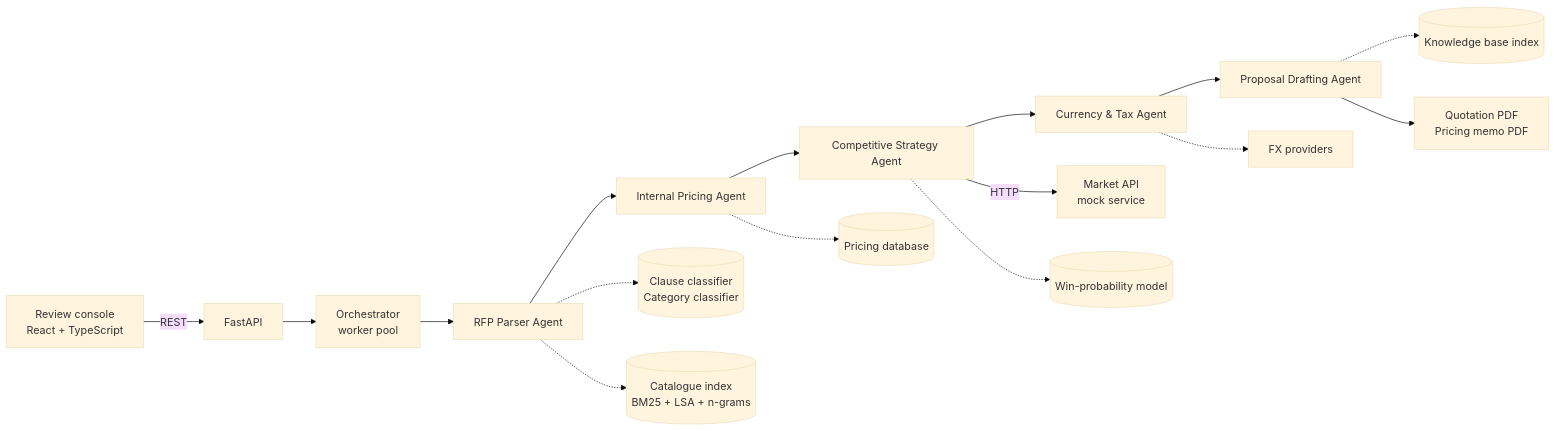
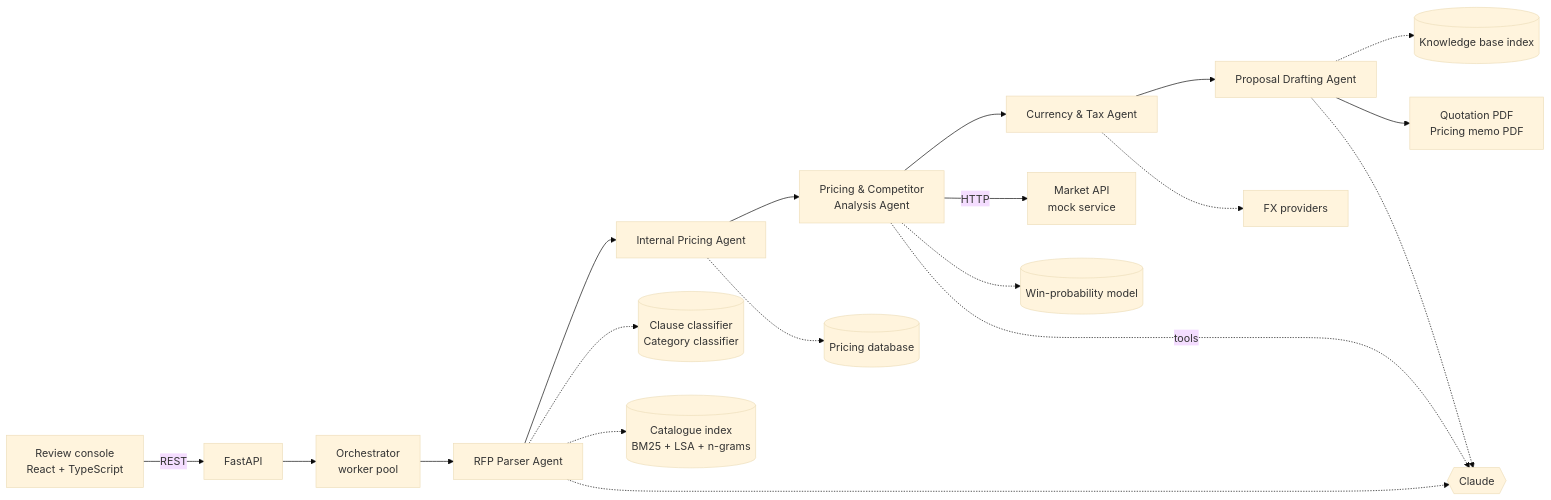
The diagram in README.md (ThreatGuardian/Autonomous-RFP), drawn with Mermaid (base theme) before and after one commit. The commit also changed other lines of this file and 20 other files, not shown here.

````diff
--- a/README.md
+++ b/README.md
@@ -127,18 +137,21 @@
 ```mermaid
 flowchart LR
     UI[Review console<br/>React + TypeScript] -->|REST| API[FastAPI]
     API --> ORCH[Orchestrator<br/>worker pool]
     ORCH --> P[RFP Parser Agent]
     P --> C[Internal Pricing Agent]
-    C --> S[Competitive Strategy Agent]
+    C --> S[Pricing & Competitor<br/>Analysis Agent]
     S --> L[Currency & Tax Agent]
     L --> D[Proposal Drafting Agent]
     P -.-> ML1[(Clause classifier<br/>Category classifier)]
     P -.-> IDX1[(Catalogue index<br/>BM25 + LSA + n-grams)]
     C -.-> DB[(Pricing database)]
     S -->|HTTP| MKT[Market API<br/>mock service]
     S -.-> ML2[(Win-probability model)]
+    P -.-> LLM{{Claude}}
+    S -.->|tools| LLM
+    D -.-> LLM
     L -.-> FX[FX providers]
     D -.-> KB[(Knowledge base index)]
     D --> PDF[Quotation PDF<br/>Pricing memo PDF]
 ```
````
